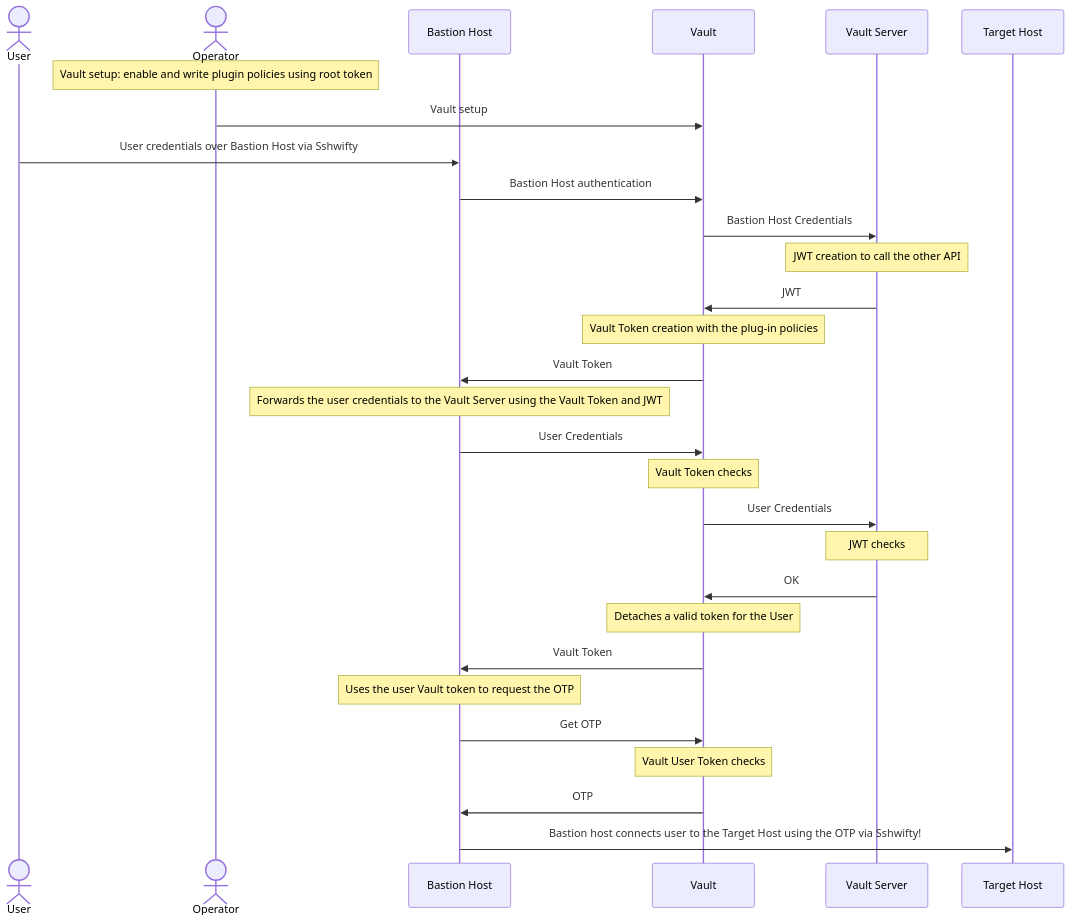
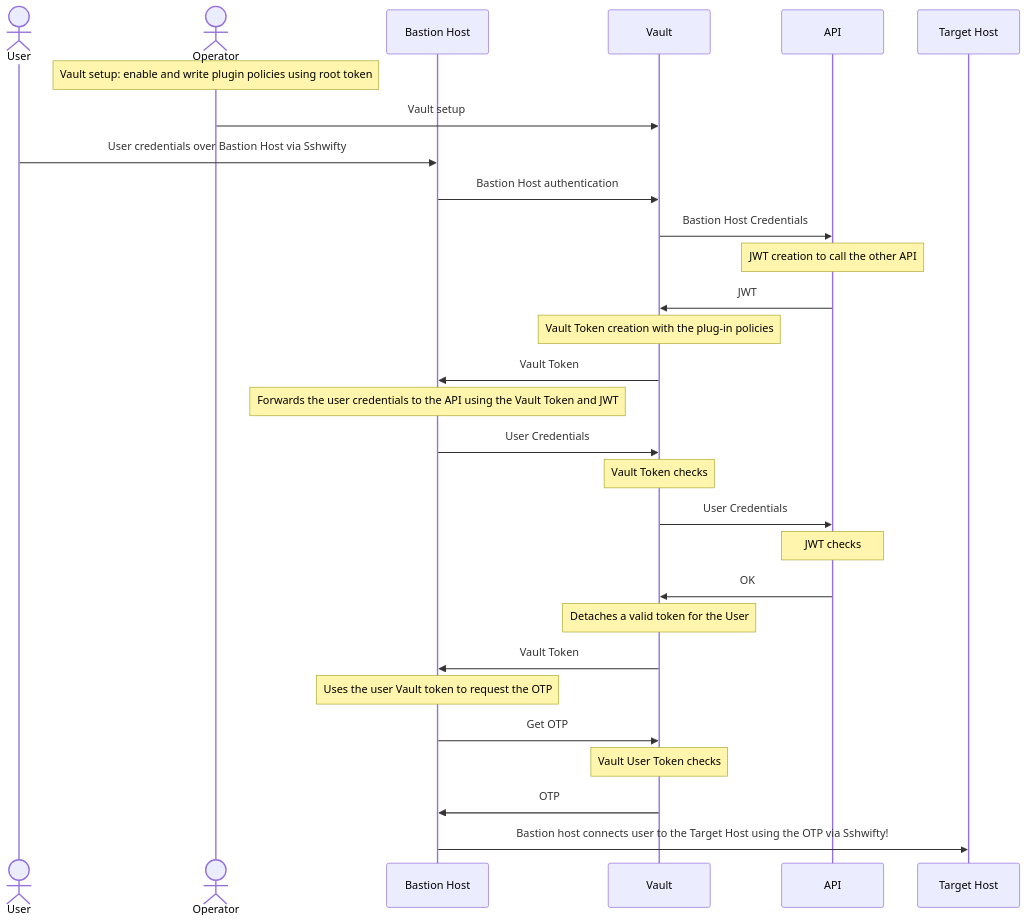
One commit to fedehsq/vault-auth-plugin changed the diagram in README.md. Above: the diagram before and after it, drawn with Mermaid. The commit also changed other lines of this file and 22 other files, not shown here.

````diff
--- a/README.md
+++ b/README.md
@@ -13,32 +13,32 @@
 ```mermaid
 sequenceDiagram
     actor User
     actor Operator
     participant Bastion Host
     participant Vault
-    participant Vault Server
+    participant API
     participant Target Host
     note over Operator: Vault setup: enable and write plugin policies using root token
     Operator->>Vault: Vault setup
     User->>Bastion Host: User credentials over Bastion Host via Sshwifty
     Bastion Host->>Vault: Bastion Host authentication
-    Vault->>Vault Server: Bastion Host Credentials
-    Note over Vault Server: JWT creation to call the other API
-    Vault Server->>Vault: JWT 
+    Vault->>API: Bastion Host Credentials
+    Note over API: JWT creation to call the other API
+    API->>Vault: JWT 
     note over Vault: Vault Token creation with the plug-in policies
     Vault->>Bastion Host: Vault Token 
-    note over Bastion Host: Forwards the user credentials to the Vault Server using the Vault Token and JWT
+    note over Bastion Host: Forwards the user credentials to the API using the Vault Token and JWT
     Bastion Host->>Vault: User Credentials
     note over Vault:Vault Token checks
-    Vault->>Vault Server: User Credentials
-    note over Vault Server: JWT checks
-    Vault Server->>Vault: OK
+    Vault->>API: User Credentials
+    note over API: JWT checks
+    API->>Vault: OK
     note over Vault: Detaches a valid token for the User
     Vault->>Bastion Host: Vault Token
     note over Bastion Host: Uses the user Vault token to request the OTP
     Bastion Host->>Vault: Get OTP
     note over Vault:Vault User Token checks
     Vault->>Bastion Host: OTP
     Bastion Host->>Target Host: Bastion host connects user to the Target Host using the OTP via Sshwifty!
 
 ```
````
